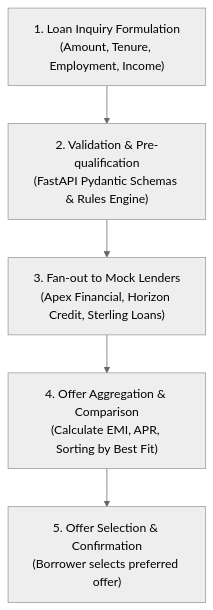
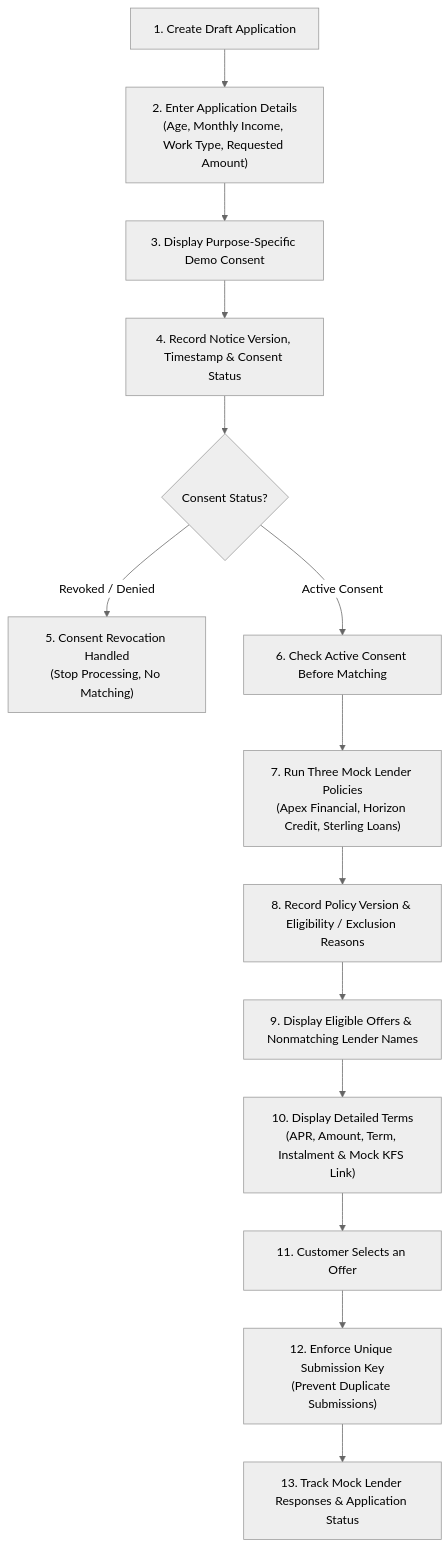
Before and after one commit to Roushan0012/Mini-loan-marketplace: the second of 3 diagrams in docs/workflow.md, drawn with Mermaid (neutral theme). The commit also changed other lines of this file and 2 other files, not shown here.

````diff
--- a/docs/workflow.md
+++ b/docs/workflow.md
@@ -24,13 +56,18 @@
 ```mermaid
 flowchart TD
-    Step1["1. Loan Inquiry Formulation<br>(Amount, Tenure, Employment, Income)"]
-    Step2["2. Validation & Pre-qualification<br>(FastAPI Pydantic Schemas & Rules Engine)"]
-    Step3["3. Fan-out to Mock Lenders<br>(Apex Financial, Horizon Credit, Sterling Loans)"]
-    Step4["4. Offer Aggregation & Comparison<br>(Calculate EMI, APR, Sorting by Best Fit)"]
-    Step5["5. Offer Selection & Confirmation<br>(Borrower selects preferred offer)"]
+    S1["1. Create Draft Application"] --> S2["2. Enter Application Details<br>(Age, Monthly Income, Work Type, Requested Amount)"]
+    S2 --> S3["3. Display Purpose-Specific Demo Consent"]
+    S3 --> S4["4. Record Notice Version, Timestamp & Consent Status"]
+    S4 --> S5{"Consent Status?"}
 
-    Step1 --> Step2
-    Step2 --> Step3
-    Step3 --> Step4
-    Step4 --> Step5
+    S5 -- "Revoked / Denied" --> S5b["5. Consent Revocation Handled<br>(Stop Processing, No Matching)"]
+    S5 -- "Active Consent" --> S6["6. Check Active Consent Before Matching"]
+
+    S6 --> S7["7. Run Three Mock Lender Policies<br>(Apex Financial, Horizon Credit, Sterling Loans)"]
+    S7 --> S8["8. Record Policy Version & Eligibility / Exclusion Reasons"]
+    S8 --> S9["9. Display Eligible Offers & Nonmatching Lender Names"]
+    S9 --> S10["10. Display Detailed Terms<br>(APR, Amount, Term, Instalment & Mock KFS Link)"]
+    S10 --> S11["11. Customer Selects an Offer"]
+    S11 --> S12["12. Enforce Unique Submission Key<br>(Prevent Duplicate Submissions)"]
+    S12 --> S13["13. Track Mock Lender Responses & Application Status"]
 ```
````
